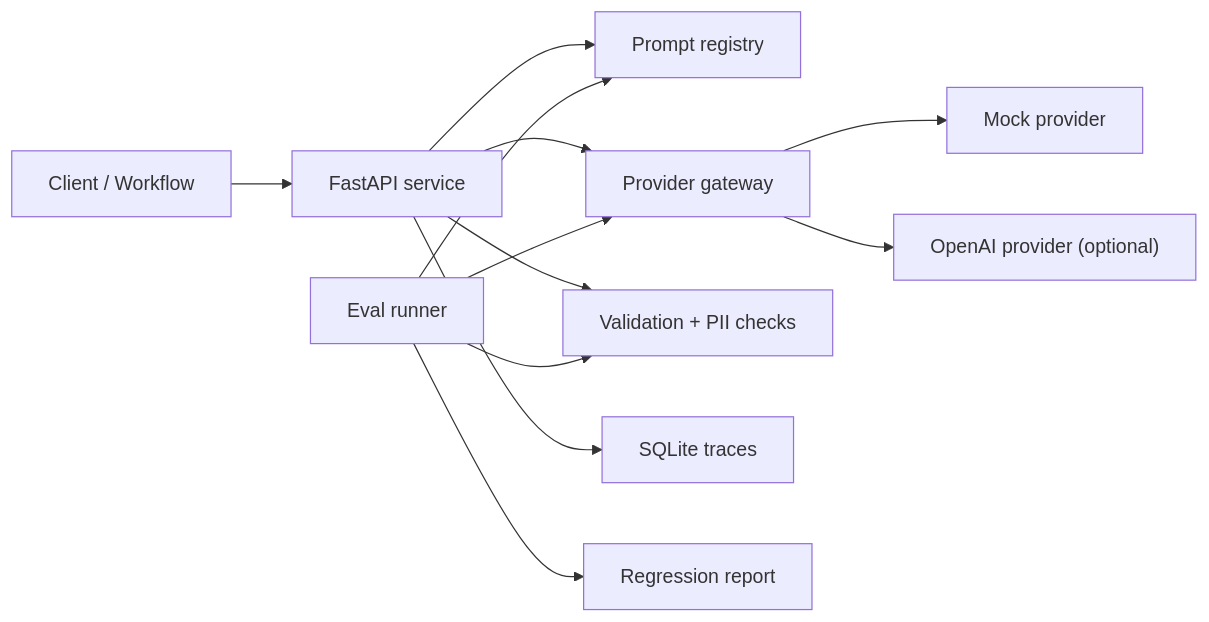
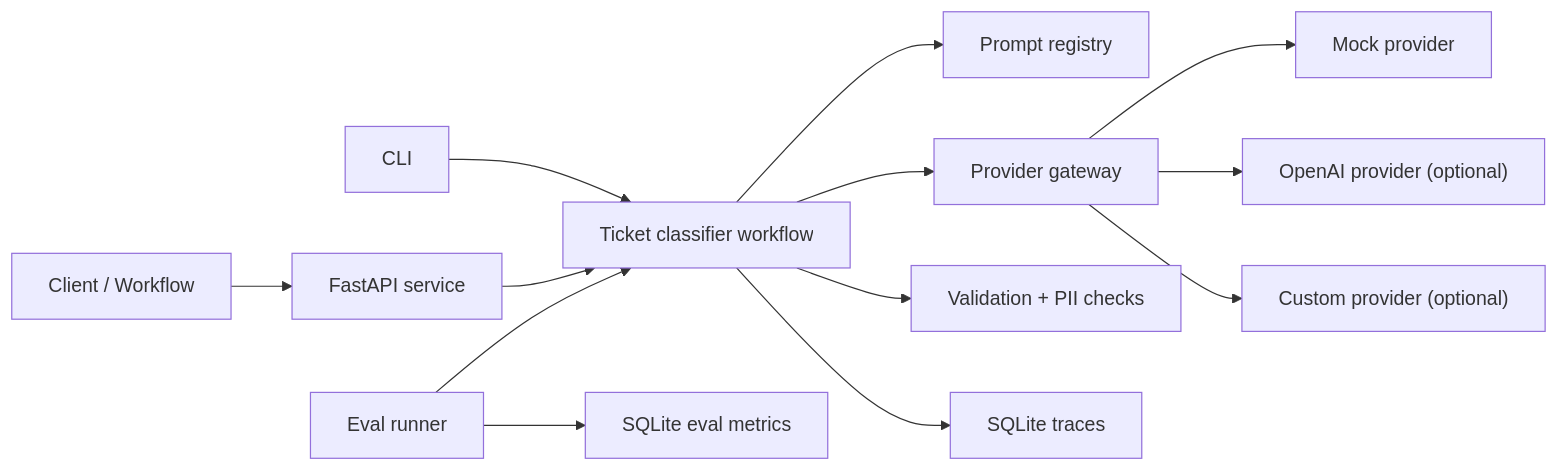
The diagram in README.md (tserd-io/blacklight), drawn with Mermaid before and after one commit. The commit also changed other lines of this file, not shown here.

````diff
--- a/README.md
+++ b/README.md
@@ -110,14 +227,15 @@
 ```mermaid
 flowchart LR
     Client["Client / Workflow"] --> API["FastAPI service"]
-    API --> Prompts["Prompt registry"]
-    API --> Gateway["Provider gateway"]
+    CLI["CLI"] --> Workflow["Ticket classifier workflow"]
+    API --> Workflow
+    Workflow --> Prompts["Prompt registry"]
+    Workflow --> Gateway["Provider gateway"]
     Gateway --> Mock["Mock provider"]
     Gateway --> OpenAI["OpenAI provider (optional)"]
-    API --> Guardrails["Validation + PII checks"]
-    API --> Traces["SQLite traces"]
-    Evals["Eval runner"] --> Prompts
-    Evals --> Gateway
-    Evals --> Guardrails
-    Evals --> Report["Regression report"]
+    Gateway --> Custom["Custom provider (optional)"]
+    Workflow --> Guardrails["Validation + PII checks"]
+    Workflow --> Traces["SQLite traces"]
+    Evals["Eval runner"] --> Workflow
+    Evals --> EvalStore["SQLite eval metrics"]
 ```
````
